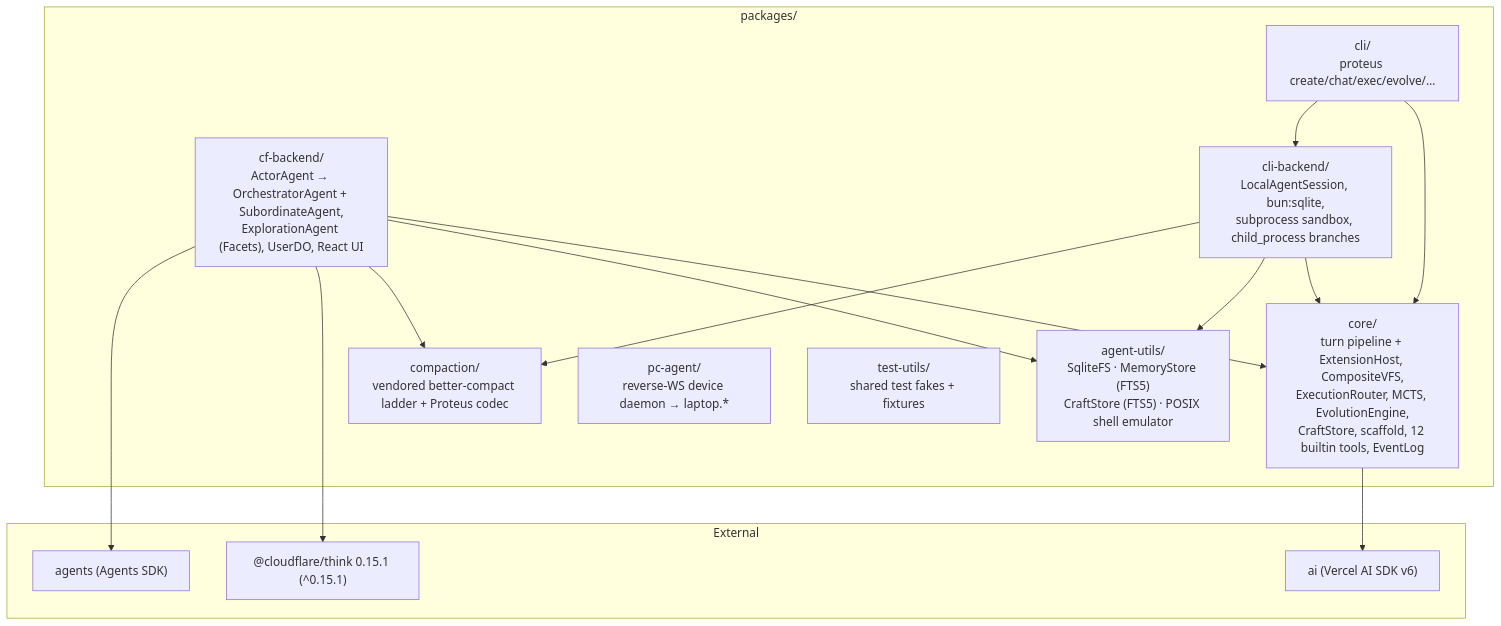
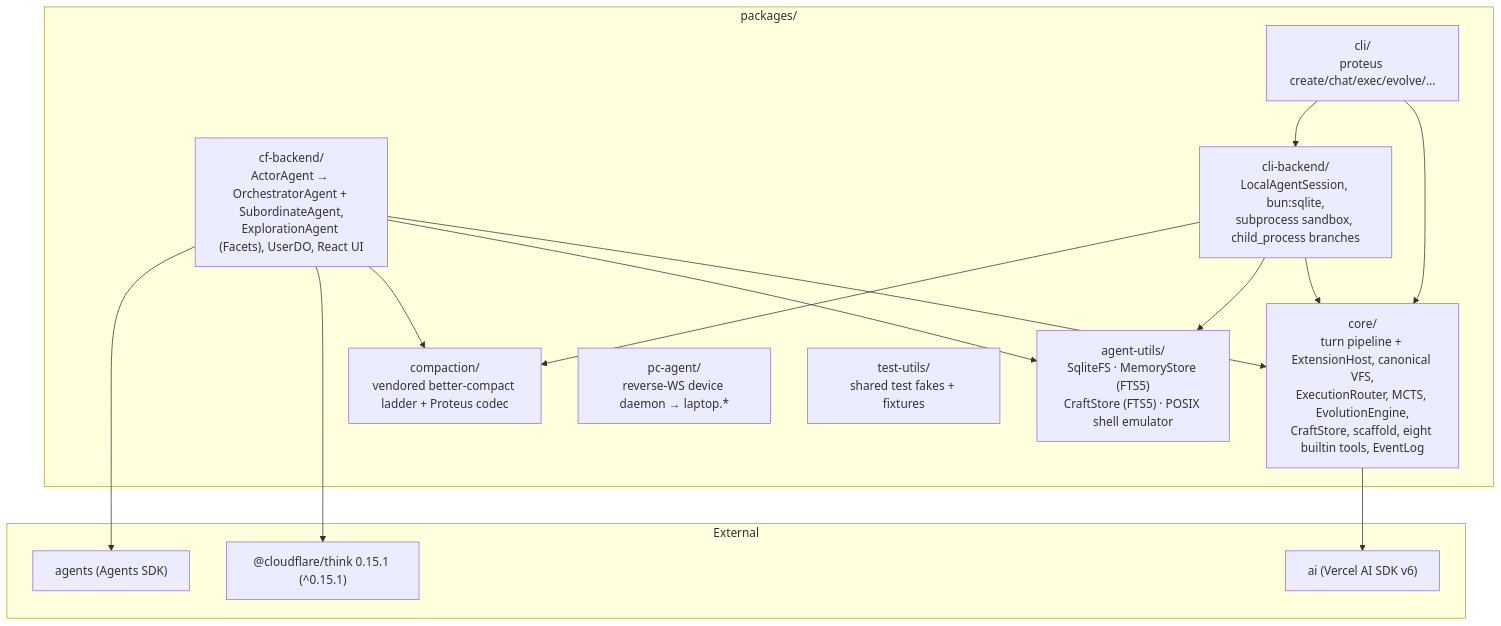
The fifth of 5 diagrams in docs/ARCHITECTURE.md (AshishKumar4/Proteus), drawn with Mermaid before and after one commit. The commit also changed other lines of this file and 864 other files, not shown here.

````diff
--- a/docs/ARCHITECTURE.md
+++ b/docs/ARCHITECTURE.md
@@ -386,32 +379,32 @@
 ```mermaid
 graph TB
     subgraph pkgs["packages/"]
-        Core["core/<br/>turn pipeline + ExtensionHost, CompositeVFS,<br/>ExecutionRouter, MCTS, EvolutionEngine,<br/>CraftStore, scaffold, 12 builtin tools, EventLog"]
+        Core["core/<br/>turn pipeline + ExtensionHost, canonical VFS,<br/>ExecutionRouter, MCTS, EvolutionEngine,<br/>CraftStore, scaffold, eight builtin tools, EventLog"]
         Utils["agent-utils/<br/>SqliteFS · MemoryStore (FTS5)<br/>CraftStore (FTS5) · POSIX shell emulator"]
         Compact["compaction/<br/>vendored better-compact ladder + Proteus codec"]
         CF["cf-backend/<br/>ActorAgent → OrchestratorAgent + SubordinateAgent,<br/>ExplorationAgent (Facets), UserDO, React UI"]
         CLI["cli/<br/>proteus create/chat/exec/evolve/…"]
         CLIB["cli-backend/<br/>LocalAgentSession, bun:sqlite,<br/>subprocess sandbox, child_process branches"]
         PC["pc-agent/<br/>reverse-WS device daemon → laptop.*"]
         TU["test-utils/<br/>shared test fakes + fixtures"]
     end
 
     CF --> Core
     CF --> Utils
     CF --> Compact
     CLI --> Core
     CLI --> CLIB
     CLIB --> Core
     CLIB --> Utils
     CLIB --> Compact
 
     subgraph ext["External"]
         Think["@cloudflare/think 0.15.1 (^0.15.1)"]
         Agents["agents (Agents SDK)"]
         AISDK["ai (Vercel AI SDK v6)"]
     end
 
     CF --> Think
     CF --> Agents
     Core --> AISDK
 ```
````
